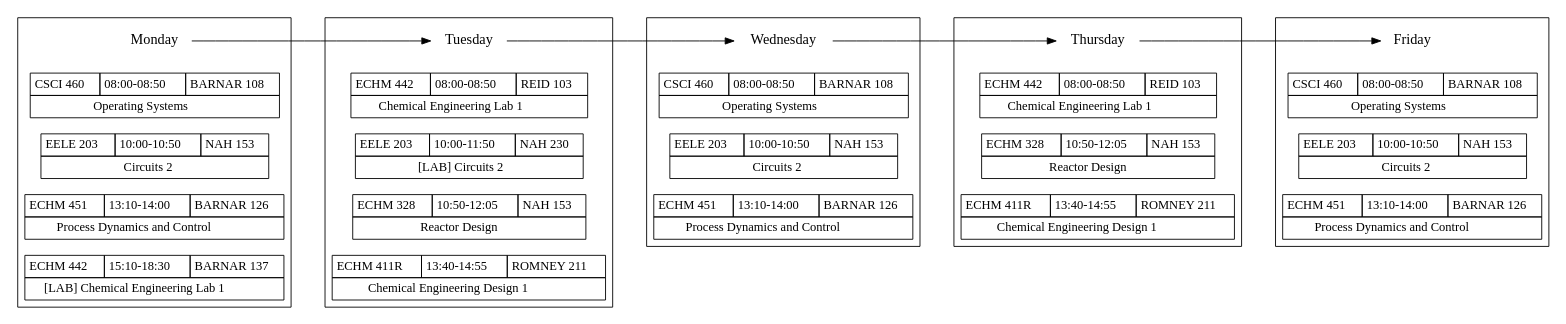
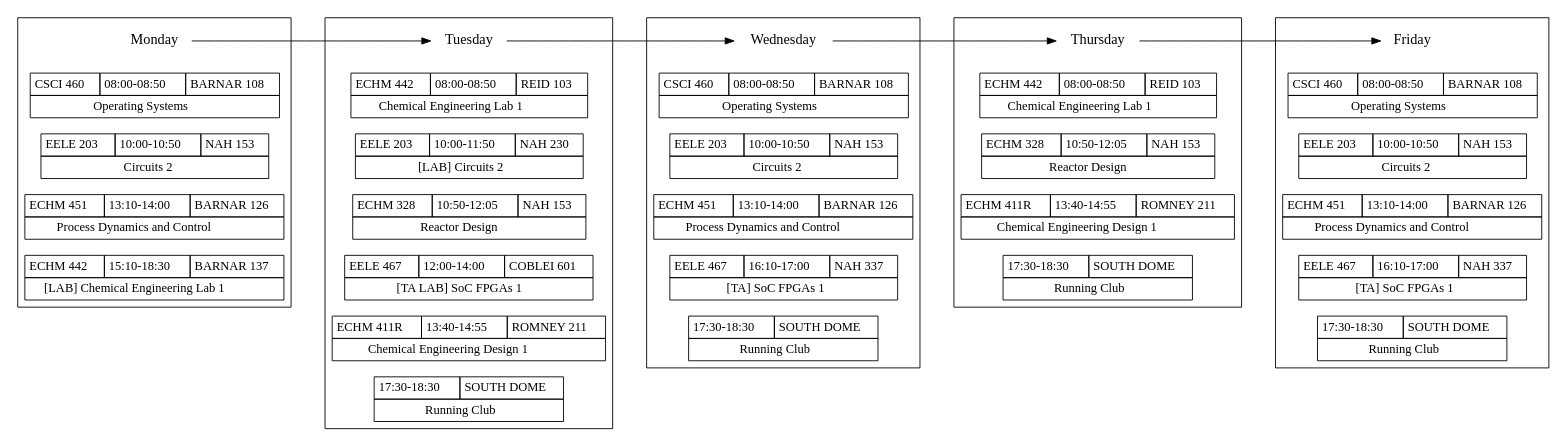
Before and after one commit to w-culhane/schedule-flowchart: the diagram in schedule_4-senior-sem-1-fall.gv, drawn with Graphviz.

Commit message:
Add TA and running schedules

```diff
--- a/schedule_4-senior-sem-1-fall.gv
+++ b/schedule_4-senior-sem-1-fall.gv
@@ -50,7 +50,7 @@
 		     </TABLE>>];
 
     {node [shape=none, margin=0]
-	subgraph clustertuesday { rank = same; "Tuesday"; "ECHM442-t"; "EELE203-t-lab"; "ECHM328-t"; "ECHM411R-t"; }
+	subgraph clustertuesday { rank = same; "Tuesday"; "ECHM442-t"; "EELE203-t-lab"; "ECHM328-t"; "EELE467-t-TA"; "ECHM411R-t"; "RUNNING-t"; }
     }
 
     "ECHM442-t" [label=<
@@ -83,6 +83,16 @@
 		 <TR><TD COLSPAN="3">Reactor Design</TD></TR>
 		 </TABLE>>];
 
+    "EELE467-t-TA" [label=<
+		    <TABLE BORDER="0" CELLBORDER="1" CELLSPACING="0" CELLPADDING="4">
+		    <TR>
+		    <TD>EELE 467</TD>
+		    <TD>12:00-14:00</TD>
+		    <TD>COBLEI 601</TD>
+		    </TR>
+		    <TR><TD COLSPAN="3">[TA LAB] SoC FPGAs 1</TD></TR>
+		    </TABLE>>];
+
     "ECHM411R-t" [label=<
 		  <TABLE BORDER="0" CELLBORDER="1" CELLSPACING="0" CELLPADDING="4">
 		  <TR>
@@ -93,8 +103,17 @@
 		  <TR><TD COLSPAN="3">Chemical Engineering Design 1</TD></TR>
 		  </TABLE>>];
 
+    "RUNNING-t" [label=<
+		 <TABLE BORDER="0" CELLBORDER="1" CELLSPACING="0" CELLPADDING="4">
+		 <TR>
+		 <TD>17:30-18:30</TD>
+		 <TD>SOUTH DOME</TD>
+		 </TR>
+		 <TR><TD COLSPAN="2">Running Club</TD></TR>
+		 </TABLE>>];
+
     {node [shape=none, margin=0]
-	subgraph clusterwednesday { rank = same; "Wednesday"; "CSCI460-w"; "EELE203-w"; "ECHM451-w"; }
+	subgraph clusterwednesday { rank = same; "Wednesday"; "CSCI460-w"; "EELE203-w"; "ECHM451-w"; "EELE467-w-TA"; "RUNNING-w"; }
     }
 
     "CSCI460-w" [label=<
@@ -127,8 +146,27 @@
 		 <TR><TD COLSPAN="3">Process Dynamics and Control</TD></TR>
 		 </TABLE>>];
 
+    "EELE467-w-TA" [label=<
+		    <TABLE BORDER="0" CELLBORDER="1" CELLSPACING="0" CELLPADDING="4">
+		    <TR>
+		    <TD>EELE 467</TD>
+		    <TD>16:10-17:00</TD>
+		    <TD>NAH 337</TD>
+		    </TR>
+		    <TR><TD COLSPAN="3">[TA] SoC FPGAs 1</TD></TR>
+		    </TABLE>>];
+
+    "RUNNING-w" [label=<
+		 <TABLE BORDER="0" CELLBORDER="1" CELLSPACING="0" CELLPADDING="4">
+		 <TR>
+		 <TD>17:30-18:30</TD>
+		 <TD>SOUTH DOME</TD>
+		 </TR>
+		 <TR><TD COLSPAN="2">Running Club</TD></TR>
+		 </TABLE>>];
+
     {node [shape=none, margin=0]
-	subgraph clusterthursday { rank = same; "Thursday"; "ECHM442-r"; "ECHM328-r"; "ECHM411R-r"; }
+	subgraph clusterthursday { rank = same; "Thursday"; "ECHM442-r"; "ECHM328-r"; "ECHM411R-r"; "RUNNING-r"; }
     }
 
     "ECHM442-r" [label=<
@@ -161,8 +199,17 @@
 		  <TR><TD COLSPAN="3">Chemical Engineering Design 1</TD></TR>
 		  </TABLE>>];
 
+    "RUNNING-r" [label=<
+		 <TABLE BORDER="0" CELLBORDER="1" CELLSPACING="0" CELLPADDING="4">
+		 <TR>
+		 <TD>17:30-18:30</TD>
+		 <TD>SOUTH DOME</TD>
+		 </TR>
+		 <TR><TD COLSPAN="2">Running Club</TD></TR>
+		 </TABLE>>];
+
     {node [shape=none, margin=0]
-	subgraph clusterfriday { rank = same; "Friday"; "CSCI460-f"; "EELE203-f"; "ECHM451-f"; }
+	subgraph clusterfriday { rank = same; "Friday"; "CSCI460-f"; "EELE203-f"; "ECHM451-f"; "EELE467-f-TA"; "RUNNING-f"; }
     }
 
     "CSCI460-f" [label=<
@@ -194,4 +241,23 @@
 		 </TR>
 		 <TR><TD COLSPAN="3">Process Dynamics and Control</TD></TR>
 		 </TABLE>>];
+
+    "EELE467-f-TA" [label=<
+		    <TABLE BORDER="0" CELLBORDER="1" CELLSPACING="0" CELLPADDING="4">
+		    <TR>
+		    <TD>EELE 467</TD>
+		    <TD>16:10-17:00</TD>
+		    <TD>NAH 337</TD>
+		    </TR>
+		    <TR><TD COLSPAN="3">[TA] SoC FPGAs 1</TD></TR>
+		    </TABLE>>];
+
+    "RUNNING-f" [label=<
+		 <TABLE BORDER="0" CELLBORDER="1" CELLSPACING="0" CELLPADDING="4">
+		 <TR>
+		 <TD>17:30-18:30</TD>
+		 <TD>SOUTH DOME</TD>
+		 </TR>
+		 <TR><TD COLSPAN="2">Running Club</TD></TR>
+		 </TABLE>>];
 }
```
